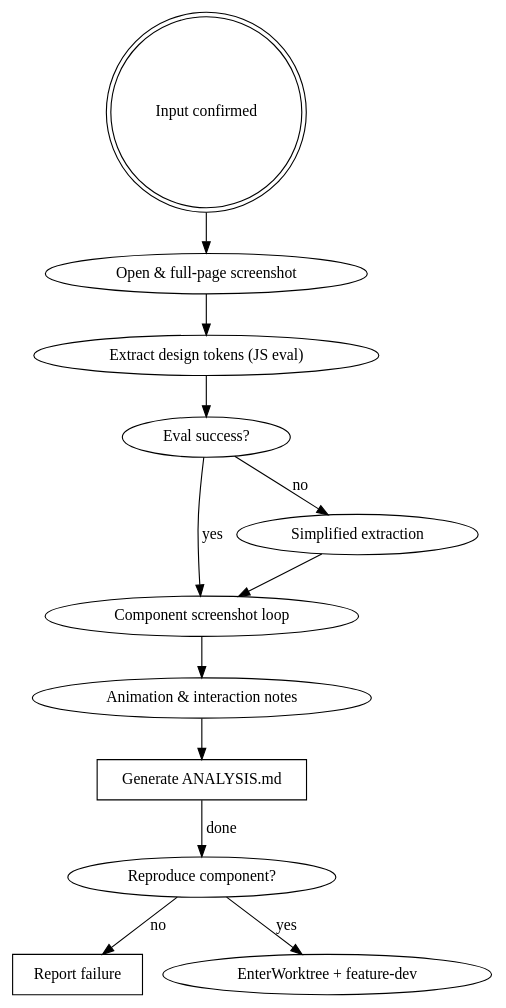
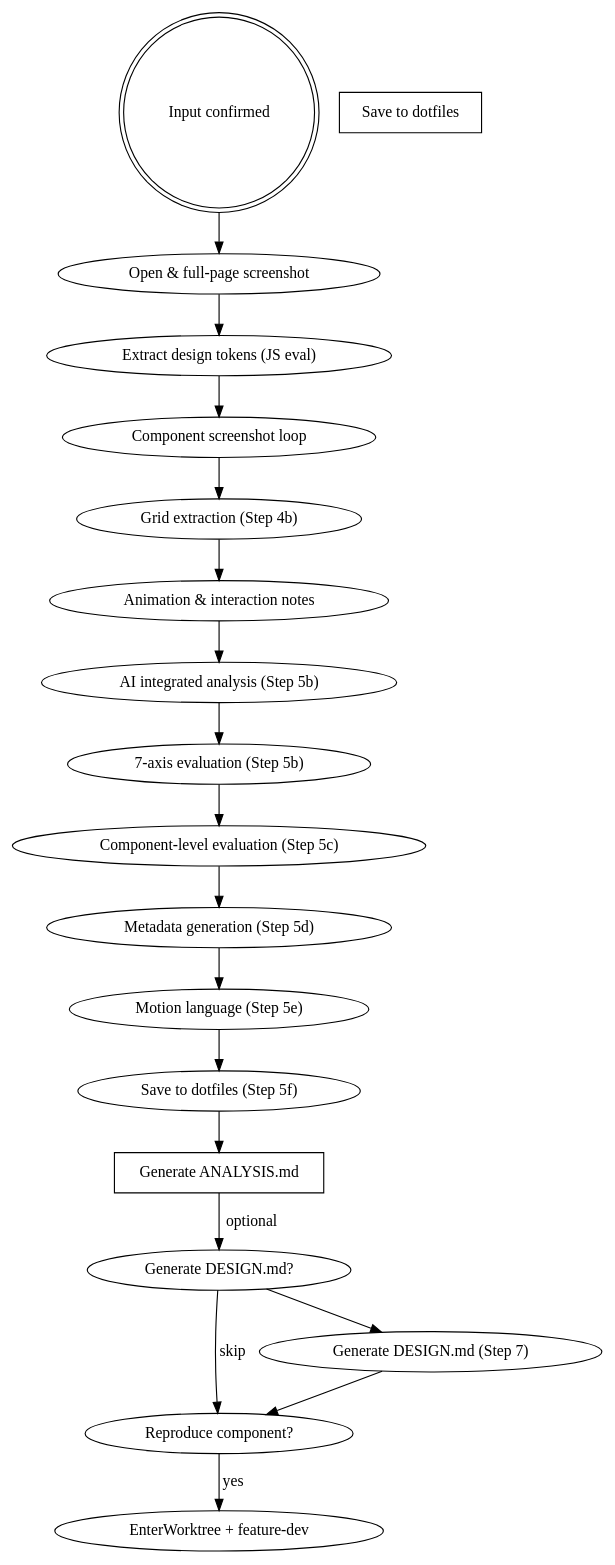
The diagram in home/.claude/skills/user-cloning-website/SKILL.md (sekka/dotfiles), drawn with Graphviz before and after one commit. The commit also changed other lines of this file, not shown here.

````diff
--- a/home/.claude/skills/user-cloning-website/SKILL.md
+++ b/home/.claude/skills/user-cloning-website/SKILL.md
@@ -18,19 +18,25 @@
 ```dot
 digraph clone_flow {
   "Input confirmed" [shape=doublecircle];
   "Generate ANALYSIS.md" [shape=box];
-  "Report failure" [shape=box];
+  "Save to dotfiles" [shape=box];
 
   "Input confirmed" -> "Open & full-page screenshot";
   "Open & full-page screenshot" -> "Extract design tokens (JS eval)";
-  "Extract design tokens (JS eval)" -> "Eval success?";
-  "Eval success?" -> "Component screenshot loop" [label="yes"];
-  "Eval success?" -> "Simplified extraction" [label="no"];
-  "Simplified extraction" -> "Component screenshot loop";
-  "Component screenshot loop" -> "Animation & interaction notes";
-  "Animation & interaction notes" -> "Generate ANALYSIS.md";
-  "Generate ANALYSIS.md" -> "Reproduce component?" [label="done"];
+  "Extract design tokens (JS eval)" -> "Component screenshot loop";
+  "Component screenshot loop" -> "Grid extraction (Step 4b)";
+  "Grid extraction (Step 4b)" -> "Animation & interaction notes";
+  "Animation & interaction notes" -> "AI integrated analysis (Step 5b)";
+  "AI integrated analysis (Step 5b)" -> "7-axis evaluation (Step 5b)";
+  "7-axis evaluation (Step 5b)" -> "Component-level evaluation (Step 5c)";
+  "Component-level evaluation (Step 5c)" -> "Metadata generation (Step 5d)";
+  "Metadata generation (Step 5d)" -> "Motion language (Step 5e)";
+  "Motion language (Step 5e)" -> "Save to dotfiles (Step 5f)";
+  "Save to dotfiles (Step 5f)" -> "Generate ANALYSIS.md";
+  "Generate ANALYSIS.md" -> "Generate DESIGN.md?" [label="optional"];
+  "Generate DESIGN.md?" -> "Reproduce component?" [label="skip"];
+  "Generate DESIGN.md?" -> "Generate DESIGN.md (Step 7)";
+  "Generate DESIGN.md (Step 7)" -> "Reproduce component?";
   "Reproduce component?" -> "EnterWorktree + feature-dev" [label="yes"];
-  "Reproduce component?" -> "Report failure" [label="no"];
 }
 ```
````
